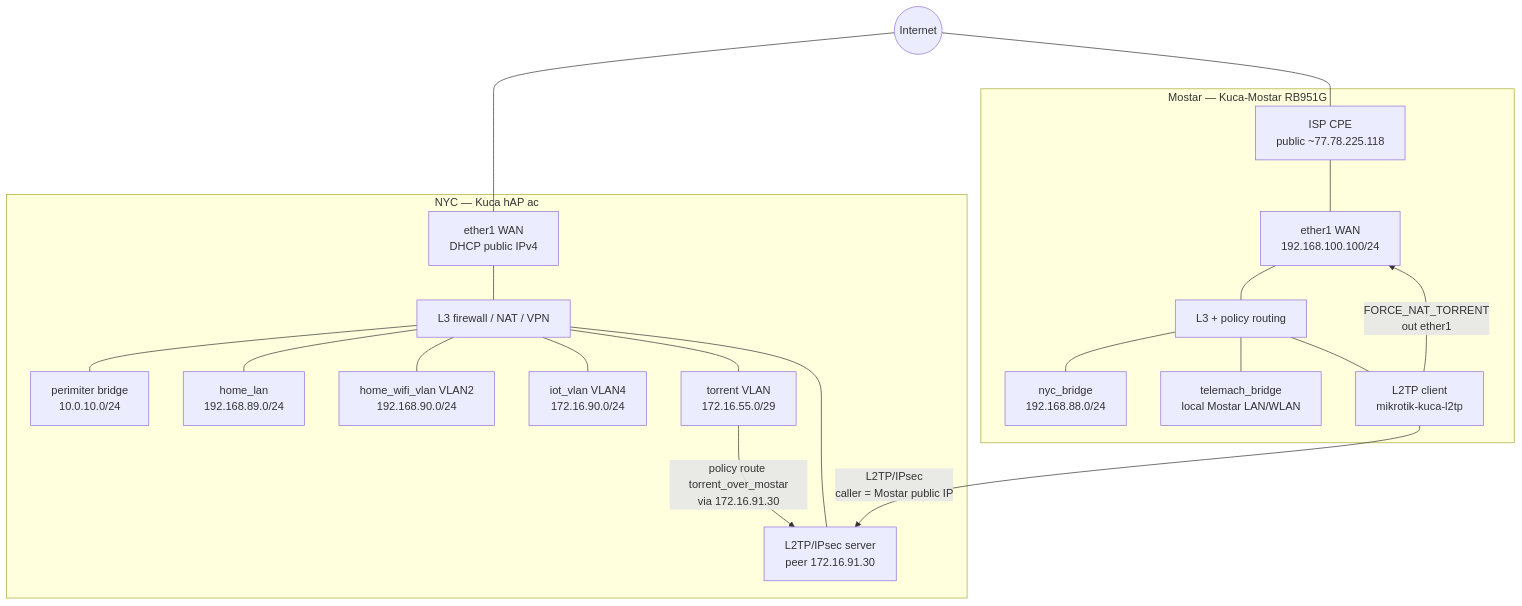
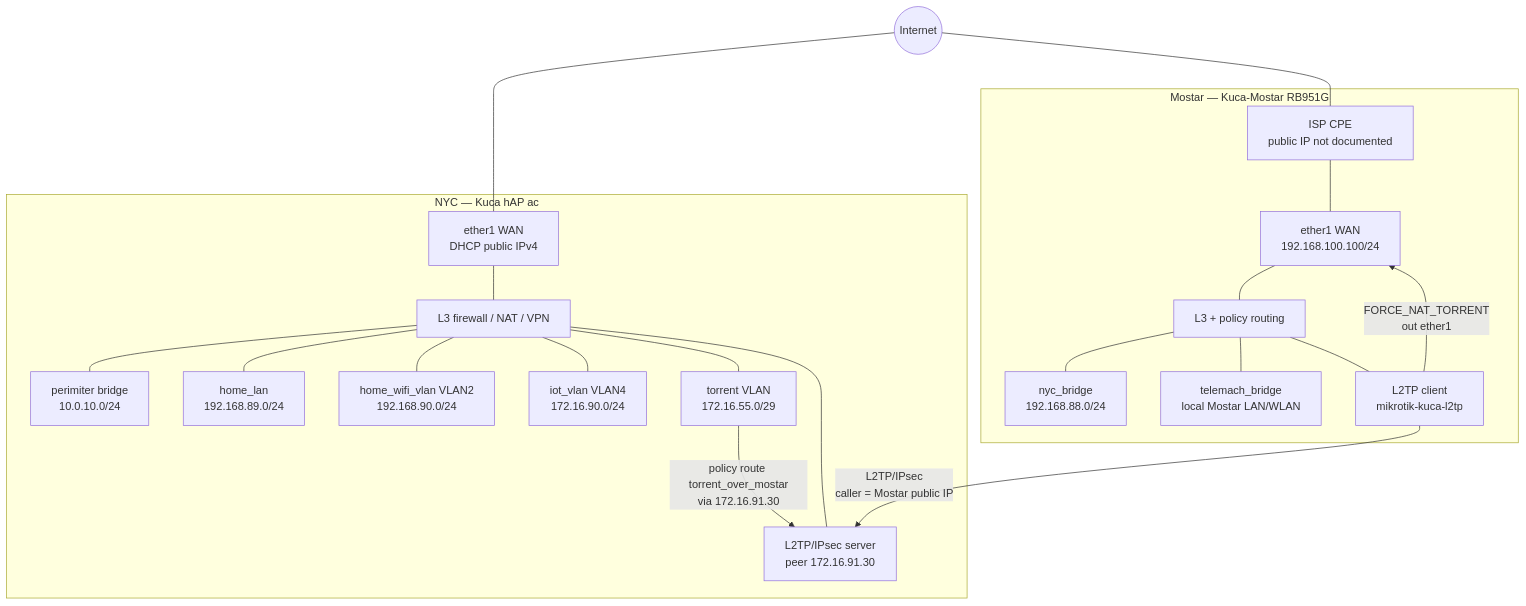
One commit to zlatko-lakisic/My-Futuristic-Home changed the first of 4 diagrams in infrastructure/networking.md. Above: the diagram before and after it, drawn with Mermaid. The commit also changed 1 other file, not shown here.

Commit message:
Remove WAN and VPN peer addresses from the docs.
Replaces public WAN addresses and VPN peer endpoints with placeholders
in the sanitized router export and the network diagram.

````diff
--- a/infrastructure/networking.md
+++ b/infrastructure/networking.md
@@ -9,34 +9,34 @@
 ```mermaid
 flowchart TB
   Internet((Internet))
 
   subgraph NYC["NYC — Kuca hAP ac"]
     NYC_WAN["ether1 WAN<br/>DHCP public IPv4"]
     NYC_R["L3 firewall / NAT / VPN"]
     PER["perimiter bridge<br/>10.0.10.0/24"]
     HOME["home_lan<br/>192.168.89.0/24"]
     WIFI["home_wifi_vlan VLAN2<br/>192.168.90.0/24"]
     IOT["iot_vlan VLAN4<br/>172.16.90.0/24"]
     TOR["torrent VLAN<br/>172.16.55.0/29"]
     L2TP_SRV["L2TP/IPsec server<br/>peer 172.16.91.30"]
     NYC_WAN --- NYC_R
     NYC_R --- PER & HOME & WIFI & IOT & TOR & L2TP_SRV
   end
 
   subgraph MOST["Mostar — Kuca-Mostar RB951G"]
-    CPE["ISP CPE<br/>public ~77.78.225.118"]
+    CPE["ISP CPE<br/>public IP not documented"]
     MOST_WAN["ether1 WAN<br/>192.168.100.100/24"]
     MOST_R["L3 + policy routing"]
     NYC_BR["nyc_bridge<br/>192.168.88.0/24"]
     TEL_BR["telemach_bridge<br/>local Mostar LAN/WLAN"]
     L2TP_CLI["L2TP client<br/>mikrotik-kuca-l2tp"]
     CPE --- MOST_WAN --- MOST_R
     MOST_R --- NYC_BR & TEL_BR & L2TP_CLI
   end
 
   Internet --- NYC_WAN
   Internet --- CPE
   L2TP_CLI -->|"L2TP/IPsec<br/>caller = Mostar public IP"| L2TP_SRV
   TOR -->|"policy route torrent_over_mostar<br/>via 172.16.91.30"| L2TP_SRV
   L2TP_CLI -->|"FORCE_NAT_TORRENT<br/>out ether1"| MOST_WAN
 ```
````
